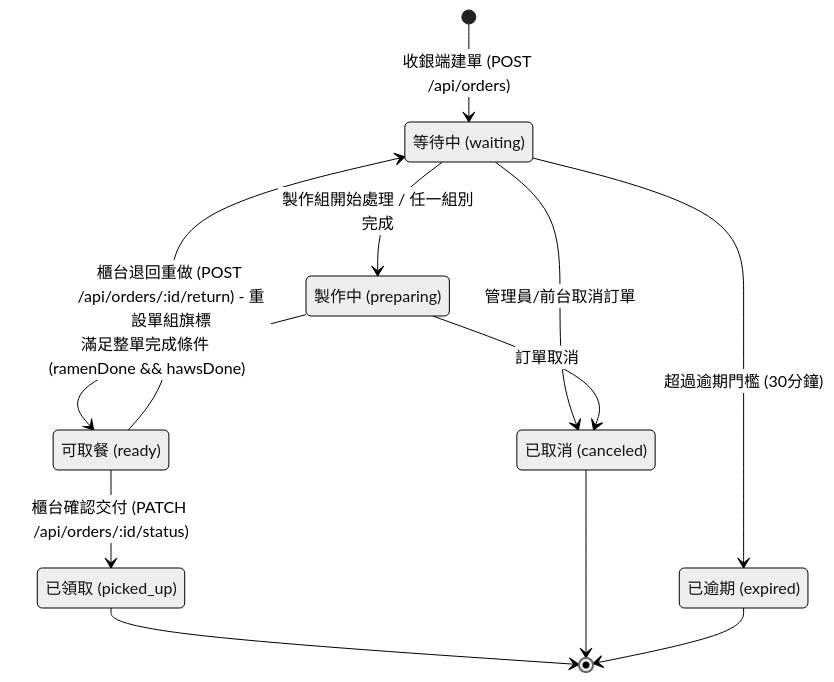
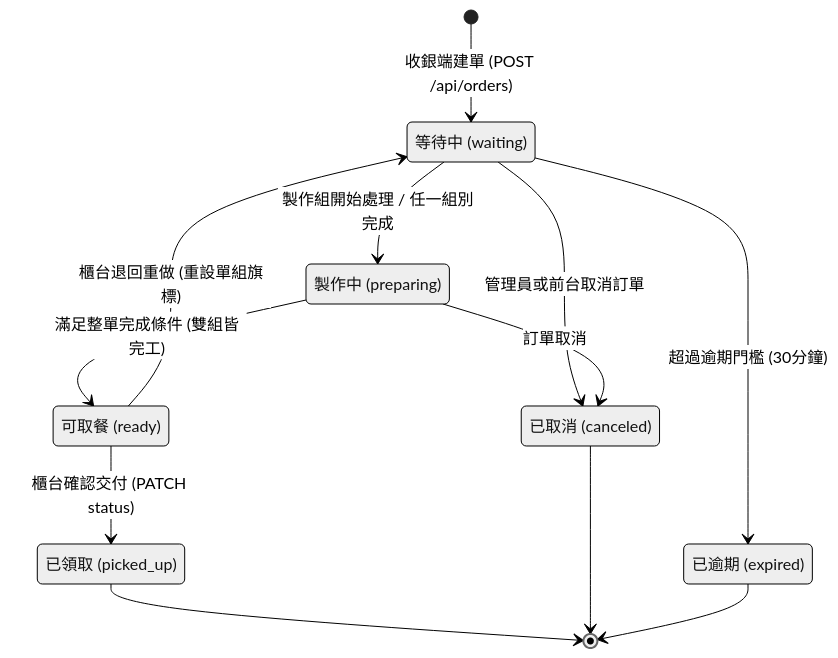
The second of 3 diagrams in README.md (ytconch/Cashier-System), drawn with Mermaid (neutral theme) before and after one commit. The commit also changed other lines of this file and 8 other files, not shown here.

Commit message:
docs: 修復 Mermaid 圖形解析錯誤、補齊 LICENSE、修正目錄錨點並建立內建自動化測試體系

````diff
--- a/README.md
+++ b/README.md
@@ -142,25 +143,25 @@
 ```mermaid
 stateDiagram-v2
     [*] --> waiting: 收銀端建單 (POST /api/orders)
     
     state "等待中 (waiting)" as waiting
     state "製作中 (preparing)" as preparing
     state "可取餐 (ready)" as ready
     state "已領取 (picked_up)" as picked_up
     state "已取消 (canceled)" as canceled
     state "已逾期 (expired)" as expired
 
     waiting --> preparing: 製作組開始處理 / 任一組別完成
-    waiting --> canceled: 管理員/前台取消訂單
+    waiting --> canceled: 管理員或前台取消訂單
     waiting --> expired: 超過逾期門檻 (30分鐘)
 
-    preparing --> ready: 滿足整單完成條件 (ramenDone && hawsDone)
+    preparing --> ready: 滿足整單完成條件 (雙組皆完工)
     preparing --> canceled: 訂單取消
 
-    ready --> waiting: 櫃台退回重做 (POST /api/orders/:id/return) - 重設單組旗標
-    ready --> picked_up: 櫃台確認交付 (PATCH /api/orders/:id/status)
+    ready --> waiting: 櫃台退回重做 (重設單組旗標)
+    ready --> picked_up: 櫃台確認交付 (PATCH status)
 
     picked_up --> [*]
     canceled --> [*]
     expired --> [*]
 ```
````
